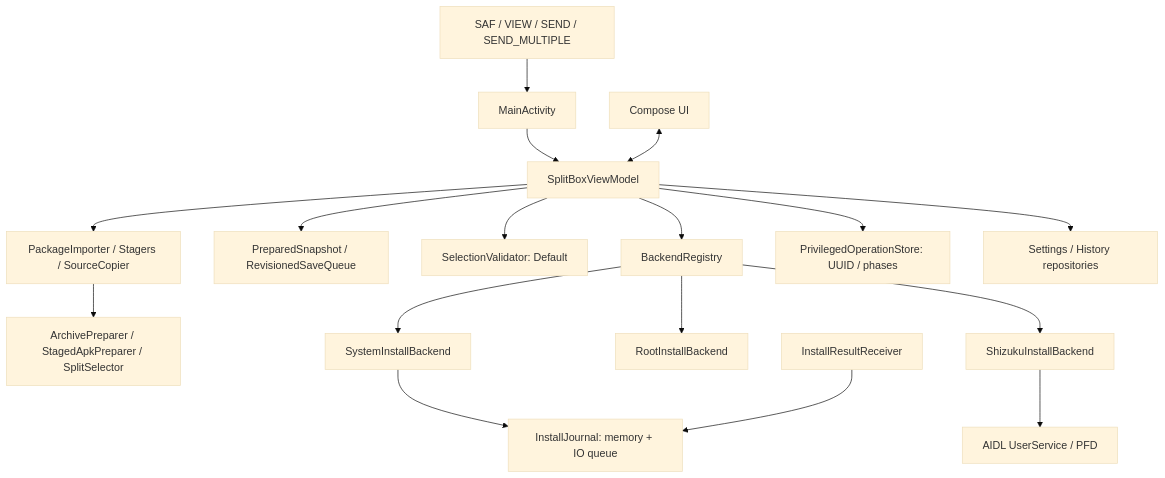
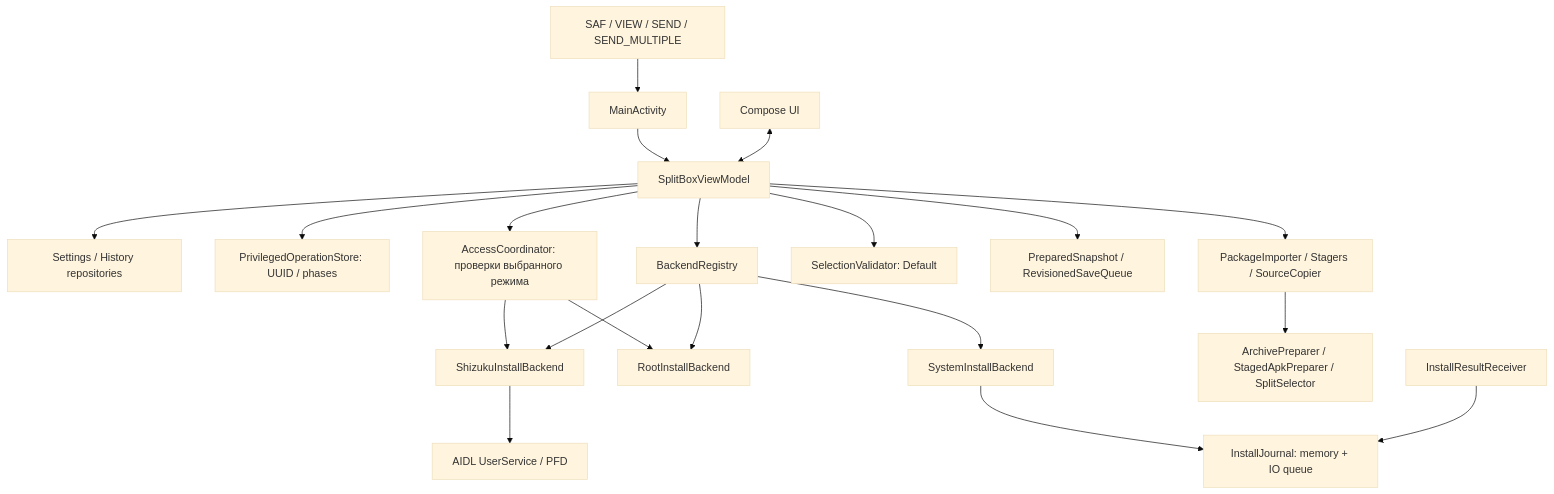
Before and after one commit to AnoY606-git/SplitBox: the diagram in docs/ARCHITECTURE.md, drawn with Mermaid (base theme). The commit also changed other lines of this file and 7 other files, not shown here.

````diff
--- a/docs/ARCHITECTURE.md
+++ b/docs/ARCHITECTURE.md
@@ -7,19 +7,22 @@
 ```mermaid
 flowchart TD
   URI[SAF / VIEW / SEND / SEND_MULTIPLE] --> ACT[MainActivity]
   ACT --> VM[SplitBoxViewModel]
   UI[Compose UI] <--> VM
   VM --> ST[PackageImporter / Stagers / SourceCopier]
   ST --> CORE[ArchivePreparer / StagedApkPreparer / SplitSelector]
   VM --> SNAP[PreparedSnapshot / RevisionedSaveQueue]
   VM --> VALID[SelectionValidator: Default]
   VM --> REG[BackendRegistry]
+  VM --> ACCESS[AccessCoordinator: проверки выбранного режима]
+  ACCESS --> ROOT
+  ACCESS --> SHI
   REG --> SYS[SystemInstallBackend]
   REG --> ROOT[RootInstallBackend]
   REG --> SHI[ShizukuInstallBackend]
   SHI --> BINDER[AIDL UserService / PFD]
   SYS --> JOURNAL[InstallJournal: memory + IO queue]
   RECEIVER[InstallResultReceiver] --> JOURNAL
   VM --> PRIV[PrivilegedOperationStore: UUID / phases]
   VM --> REPO[Settings / History repositories]
 ```
````
